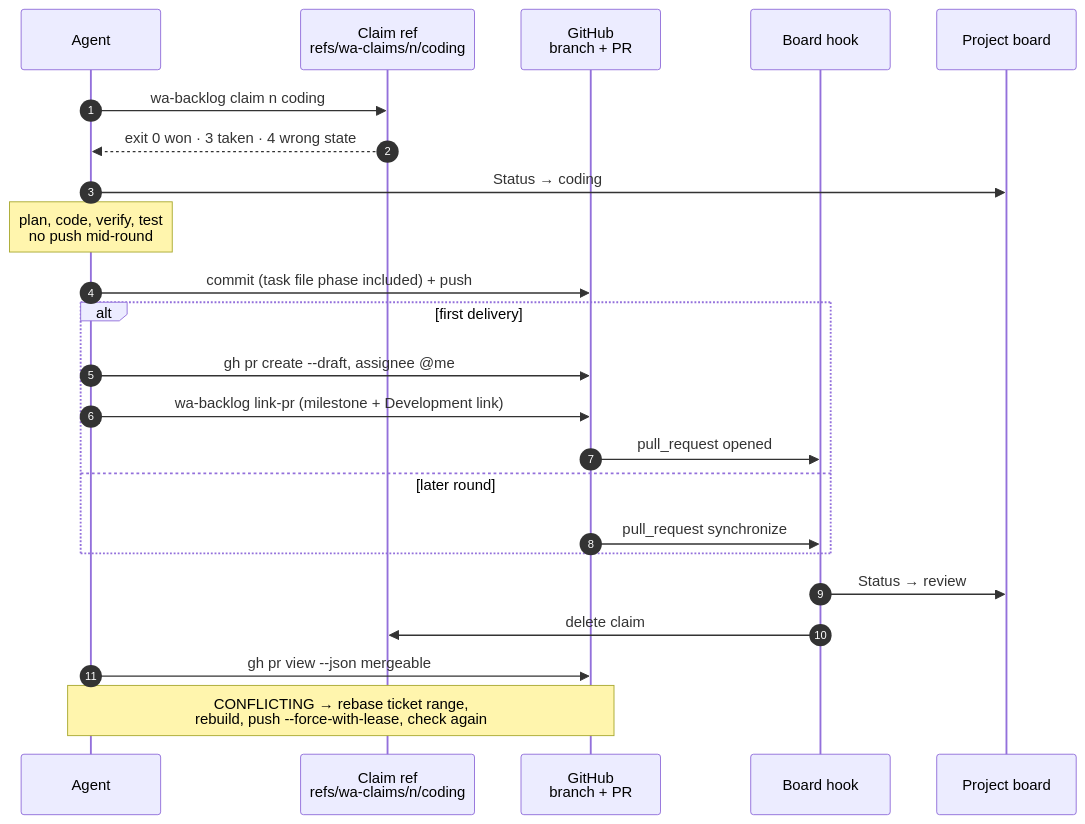
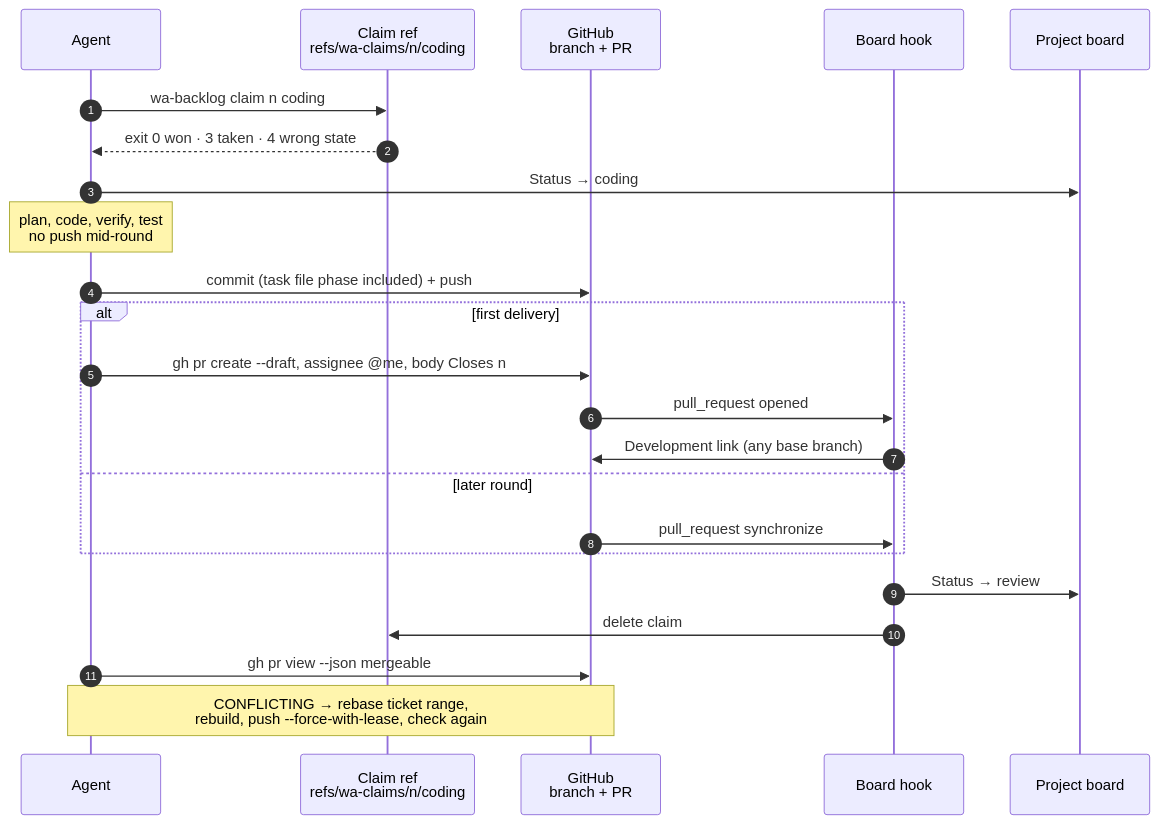
One commit to rlatapy-luna/whackagent changed the fourth of 7 diagrams in WORKFLOW.md. Above: the diagram before and after it, drawn with Mermaid. The commit also changed 8 other files, not shown here.

First line of the commit message:
feat(github): hooks link ticket PRs to their issue, no PR milestone

````diff
--- a/WORKFLOW.md
+++ b/WORKFLOW.md
@@ -130,26 +130,26 @@
 ```mermaid
 sequenceDiagram
     autonumber
     participant A as Agent
     participant C as Claim ref<br/>refs/wa-claims/n/coding
     participant G as GitHub<br/>branch + PR
     participant H as Board hook
     participant B as Project board
 
     A->>C: wa-backlog claim n coding
     C-->>A: exit 0 won · 3 taken · 4 wrong state
     A->>B: Status → coding
     Note over A: plan, code, verify, test<br/>no push mid-round
     A->>G: commit (task file phase included) + push
     alt first delivery
-        A->>G: gh pr create --draft, assignee @me
-        A->>G: wa-backlog link-pr (milestone + Development link)
+        A->>G: gh pr create --draft, assignee @me, body Closes n
         G->>H: pull_request opened
+        H->>G: Development link (any base branch)
     else later round
         G->>H: pull_request synchronize
     end
     H->>B: Status → review
     H->>C: delete claim
     A->>G: gh pr view --json mergeable
     Note over A,G: CONFLICTING → rebase ticket range,<br/>rebuild, push --force-with-lease, check again
 ```
````
